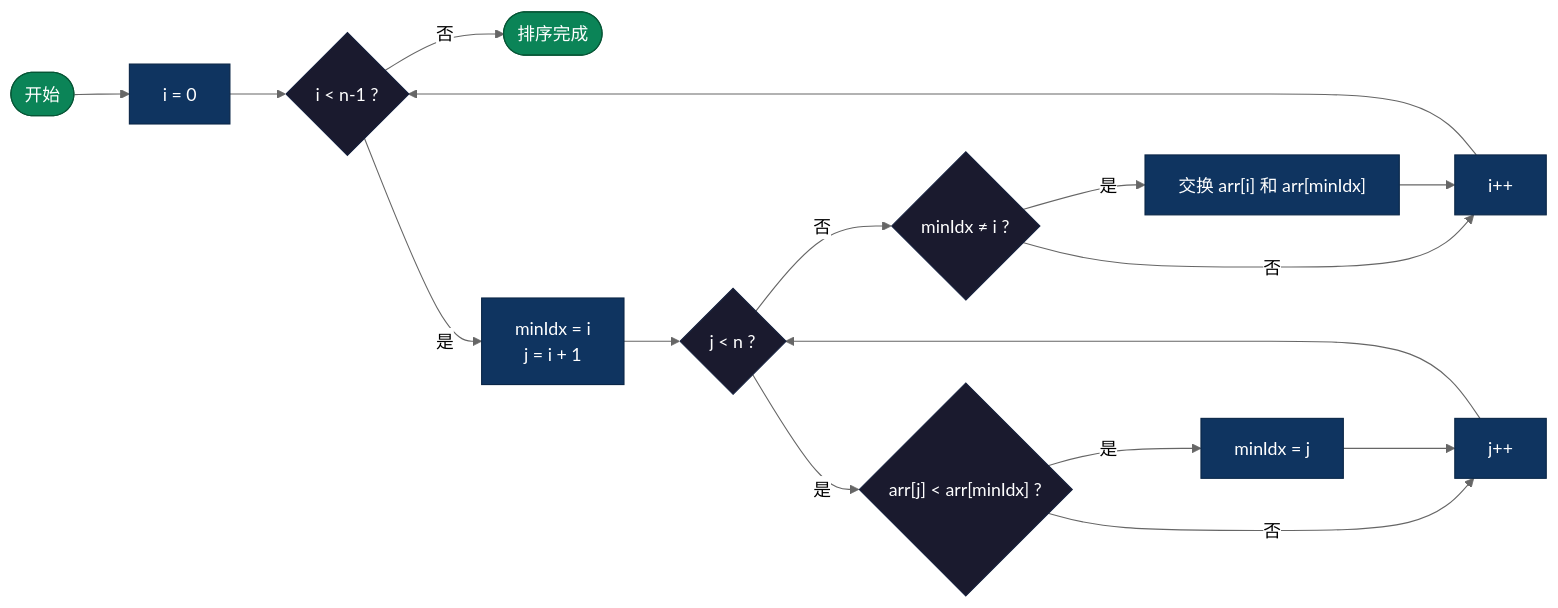
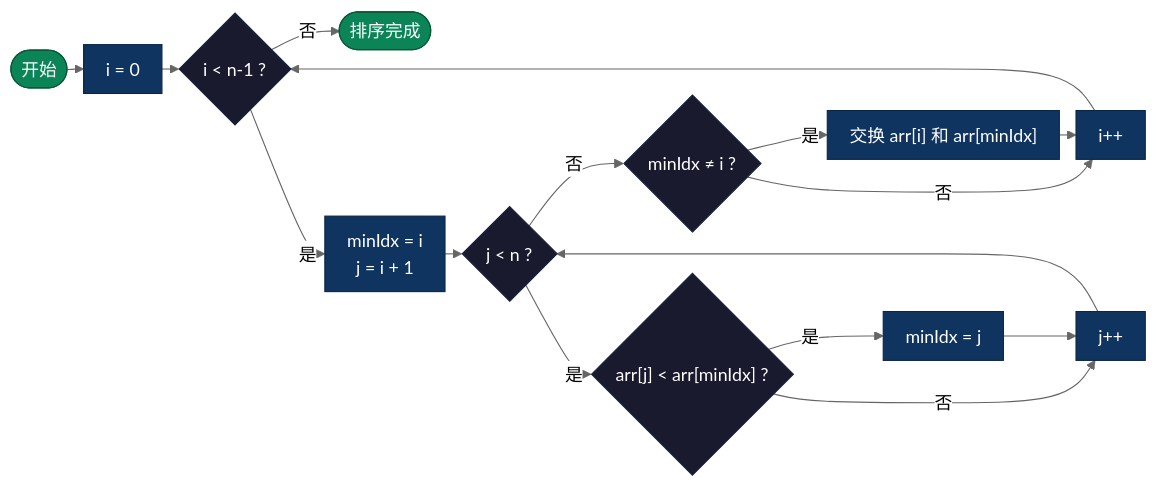
The fourth of 14 diagrams in sorting/AI-Era-Top-10-Sorting-Algorithms.md (microwind/algorithms), drawn with Mermaid (neutral theme) before and after one commit. The commit also changed other lines of this file and 3 other files, not shown here.

````diff
--- a/sorting/AI-Era-Top-10-Sorting-Algorithms.md
+++ b/sorting/AI-Era-Top-10-Sorting-Algorithms.md
@@ -196,26 +206,27 @@
 ```mermaid
+%%{init: {'flowchart': {'nodeSpacing': 15, 'rankSpacing': 15, 'padding': 10}}}%%
 graph LR
     S(["开始"]) --> INIT["i = 0"]
     INIT --> OUTER{"i < n-1 ?"}
     OUTER -->|"否"| END(["排序完成"])
     OUTER -->|"是"| MIN["minIdx = i\nj = i + 1"]
     MIN --> INNER{"j < n ?"}
     INNER -->|"否"| DOSWAP{"minIdx ≠ i ?"}
     DOSWAP -->|"是"| SWAP["交换 arr[i] 和 arr[minIdx]"]
     DOSWAP -->|"否"| INC["i++"]
     SWAP --> INC
     INC --> OUTER
     INNER -->|"是"| CMP{"arr[j] < arr[minIdx] ?"}
     CMP -->|"是"| UPD["minIdx = j"]
     CMP -->|"否"| JINC["j++"]
     UPD --> JINC
     JINC --> INNER
 
     classDef start fill:#0b8457,color:#fff,stroke:#065535
     classDef decision fill:#1a1a2e,color:#fff,stroke:#16213e
     classDef process fill:#0f3460,color:#fff,stroke:#0a2647
 
     class S,END start
     class OUTER,INNER,CMP,DOSWAP decision
     class INIT,MIN,INC,JINC,UPD,SWAP process
 ```
````
